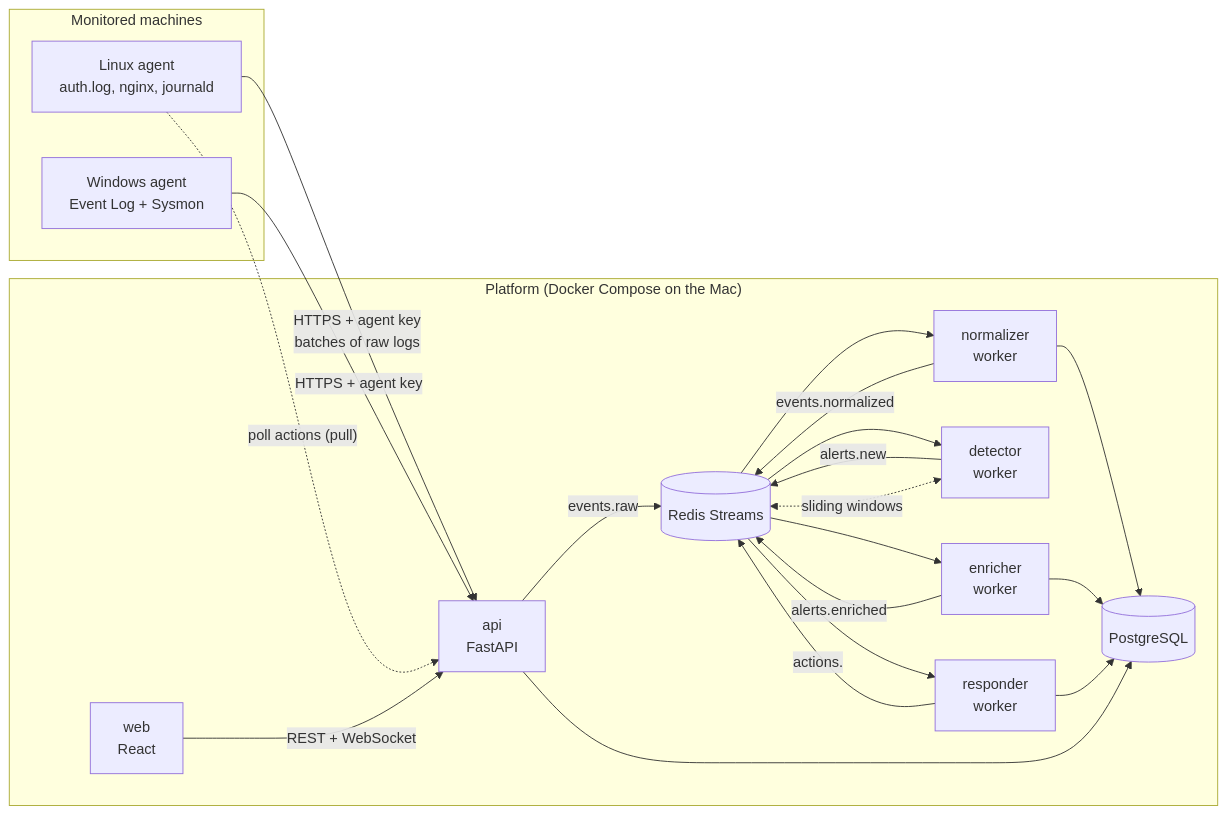
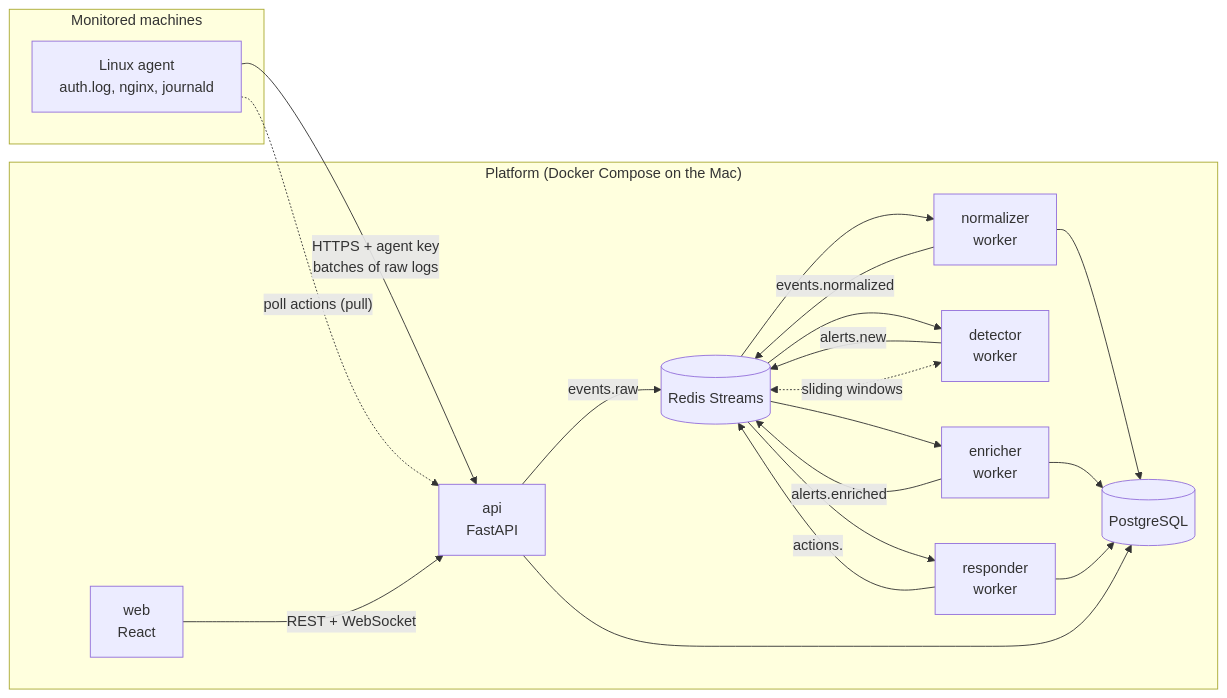
One commit to yassineeljal/SentinelLite changed the diagram in docs/ARCHITECTURE.md. Above: the diagram before and after it, drawn with Mermaid. The commit also changed other lines of this file and 3 other files, not shown here.

First line of the commit message:
docs: drop the Windows agent (ADR 40), refresh the roadmap

````diff
--- a/docs/ARCHITECTURE.md
+++ b/docs/ARCHITECTURE.md
@@ -23,35 +23,33 @@
 ```mermaid
 flowchart LR
     subgraph Lab["Monitored machines"]
         L[Linux agent<br/>auth.log, nginx, journald]
-        W[Windows agent<br/>Event Log + Sysmon]
     end
 
     L -- "HTTPS + agent key<br/>batches of raw logs" --> API
-    W -- "HTTPS + agent key" --> API
 
     subgraph Core["Platform (Docker Compose on the Mac)"]
         API[api<br/>FastAPI]
         R[(Redis Streams)]
         N[normalizer<br/>worker]
         D[detector<br/>worker]
         E[enricher<br/>worker]
         S[responder<br/>worker]
         PG[(PostgreSQL)]
         UI[web<br/>React]
     end
 
     API -- "events.raw" --> R
     R --> N -- "events.normalized" --> R
     N --> PG
     R --> D -- "alerts.new" --> R
     D <-. "sliding windows" .-> R
     R --> E -- "alerts.enriched" --> R
     E --> PG
     R --> S
     S --> PG
     S -- "actions.<agent_id>" --> R
     L -. "poll actions (pull)" .-> API
     UI -- "REST + WebSocket" --> API
     API --> PG
 ```
````
